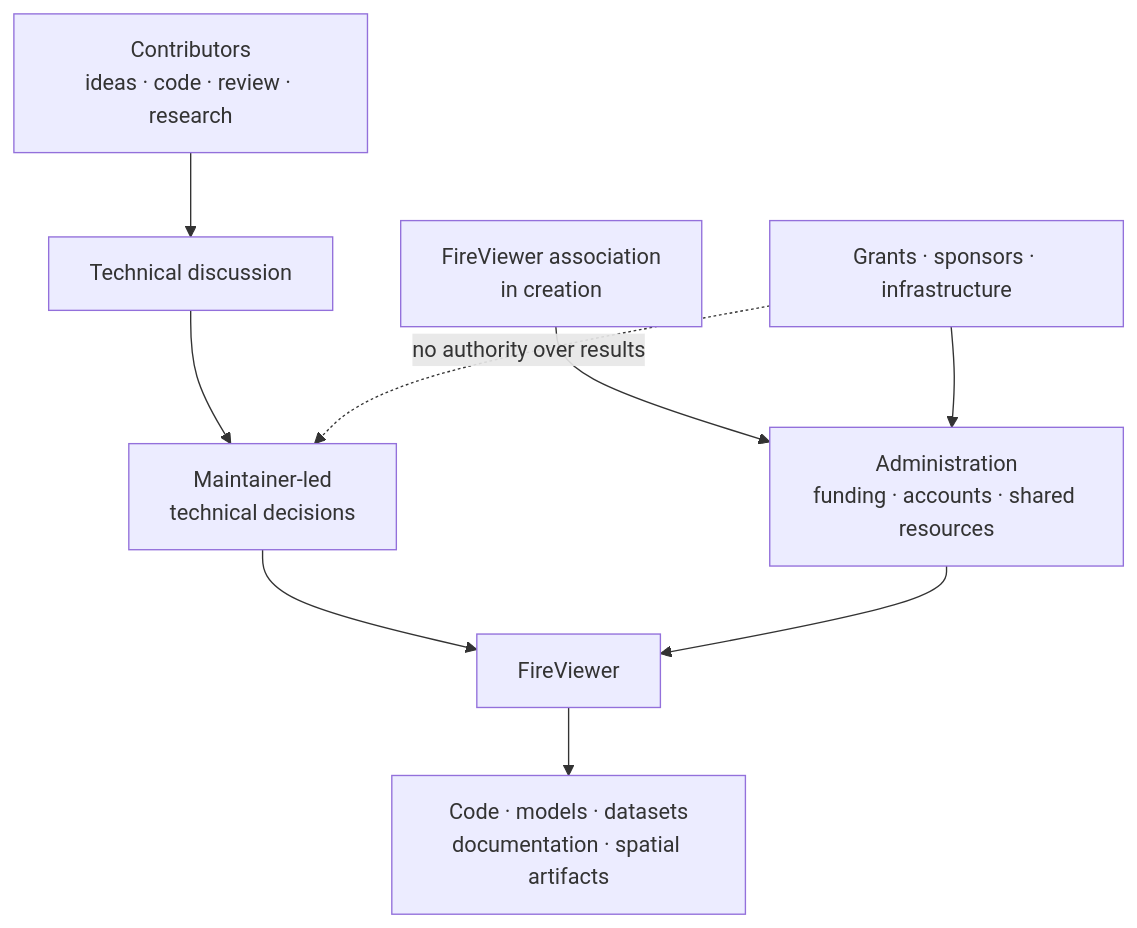
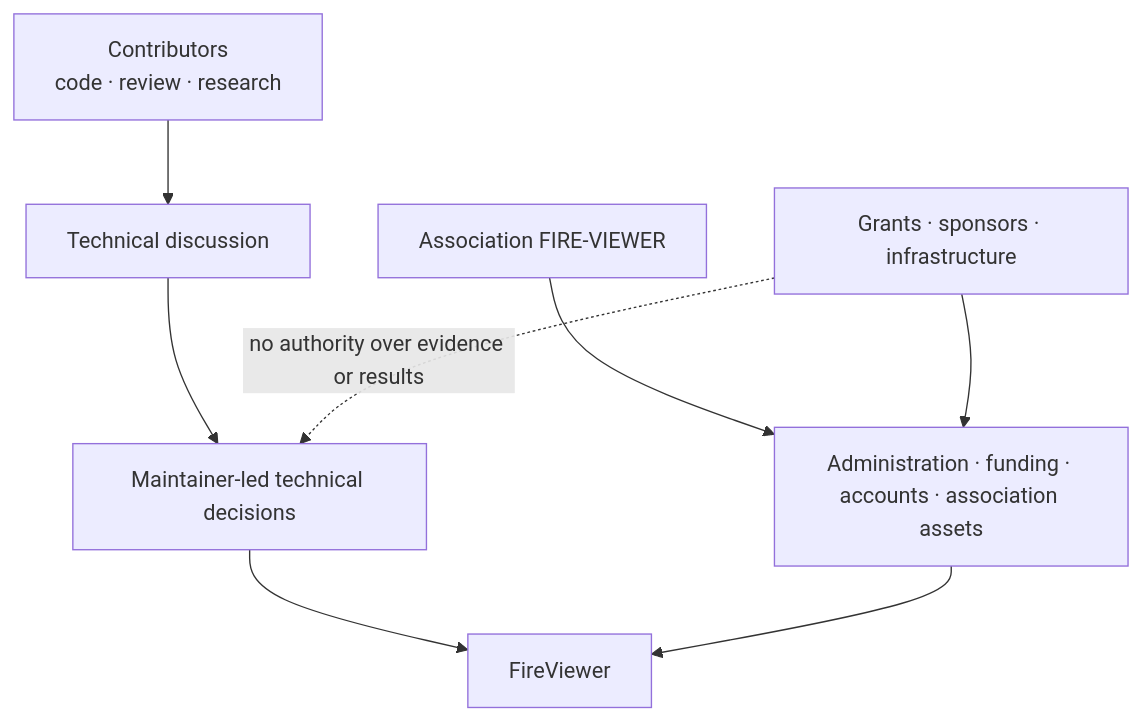
One commit to fireviewer/Fireviewer_doc changed the diagram in GOVERNANCE.md. Above: the diagram before and after it, drawn with Mermaid. The commit also changed other lines of this file, not shown here.

Commit message:
Align governance with the existing association and asset separation

````diff
--- a/GOVERNANCE.md
+++ b/GOVERNANCE.md
@@ -25,15 +14,13 @@
 ```mermaid
 flowchart TB
-    CONTRIB["Contributors<br/>ideas · code · review · research"] --> DISCUSS["Technical discussion"]
-    DISCUSS --> MAINT["Maintainer-led<br/>technical decisions"]
+    CONTRIBUTORS["Contributors<br/>code · review · research"] --> DISCUSSION["Technical discussion"]
+    DISCUSSION --> MAINTAINER["Maintainer-led technical decisions"]
 
-    ASSO["FireViewer association<br/>in creation"] --> ADMIN["Administration<br/>funding · accounts · shared resources"]
+    ASSOCIATION["Association FIRE-VIEWER"] --> ADMIN["Administration · funding · accounts · association assets"]
 
-    MAINT --> PROJECT["FireViewer"]
+    MAINTAINER --> PROJECT["FireViewer"]
     ADMIN --> PROJECT
 
-    FUND["Grants · sponsors · infrastructure"] --> ADMIN
-    FUND -.->|"no authority over results"| MAINT
-
-    PROJECT --> OPEN["Code · models · datasets<br/>documentation · spatial artifacts"]
+    FUNDING["Grants · sponsors · infrastructure"] --> ADMIN
+    FUNDING -.->|"no authority over evidence or results"| MAINTAINER
 ```
````
